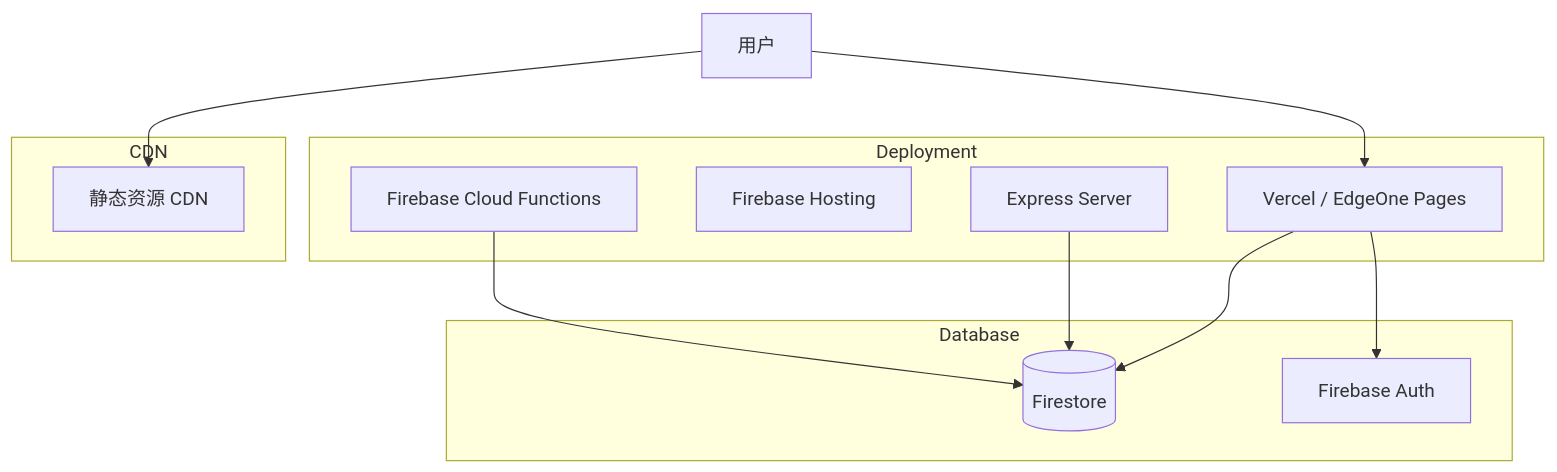
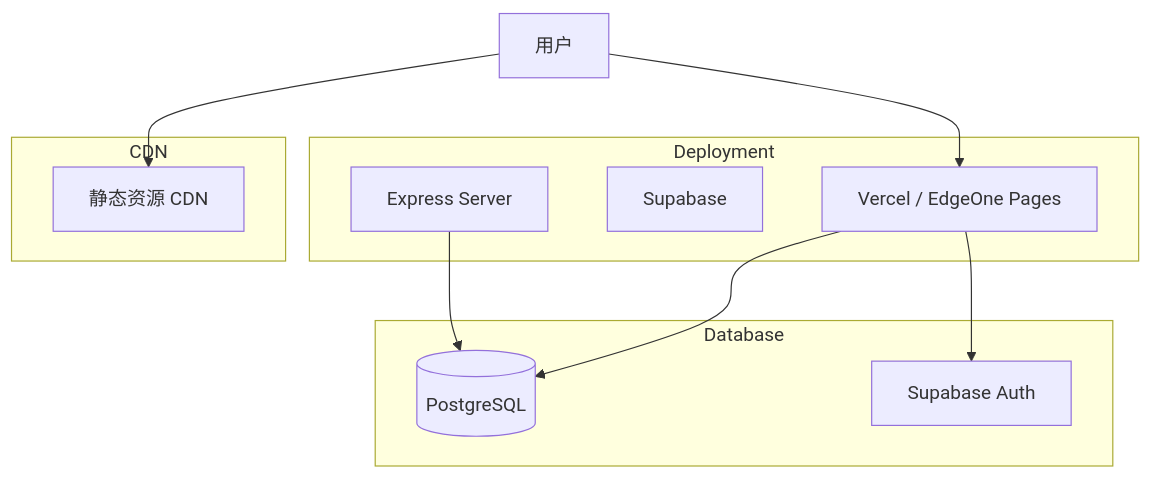
One commit to AjaCHN/LLM-API-Sentinel changed diagram 11 of 13 in openspec/architecture.md. Above: the diagram before and after it, drawn with Mermaid. The commit also changed other lines of this file and 5 other files, not shown here.

````diff
--- a/openspec/architecture.md
+++ b/openspec/architecture.md
@@ -390,26 +390,24 @@
 ```mermaid
 graph TD
     subgraph Deployment
         Vercel[Vercel / EdgeOne Pages]
-        Firebase[Firebase Hosting]
-        CloudFunctions[Firebase Cloud Functions]
+        Supabase[Supabase]
         Express[Express Server]
     end
     
     subgraph Database
-        Firestore[(Firestore)]
-        Auth[Firebase Auth]
+        PostgreSQL[(PostgreSQL)]
+        Auth[Supabase Auth]
     end
     
     subgraph CDN
         Static[静态资源 CDN]
     end
     
     User[用户] --> Static
     User --> Vercel
-    Vercel --> Firestore
+    Vercel --> PostgreSQL
     Vercel --> Auth
     
-    Express --> Firestore
-    CloudFunctions --> Firestore
+    Express --> PostgreSQL
 ```
````
